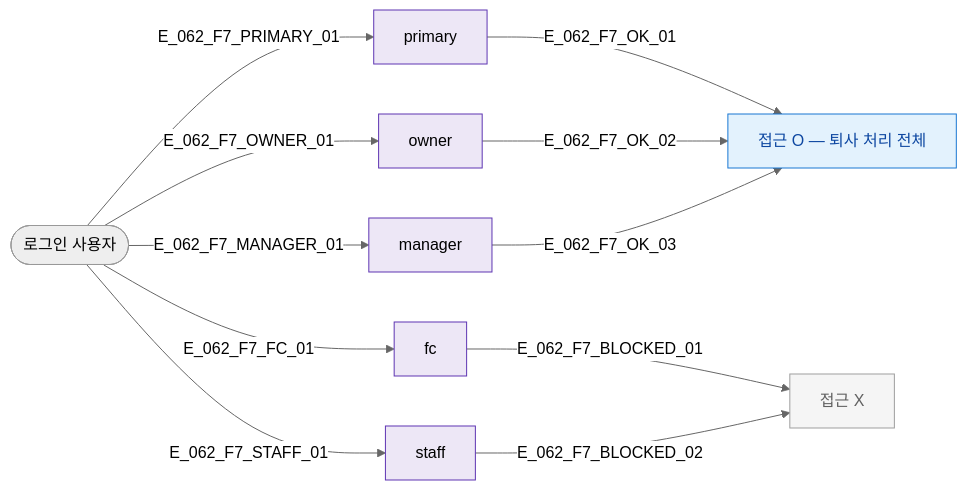
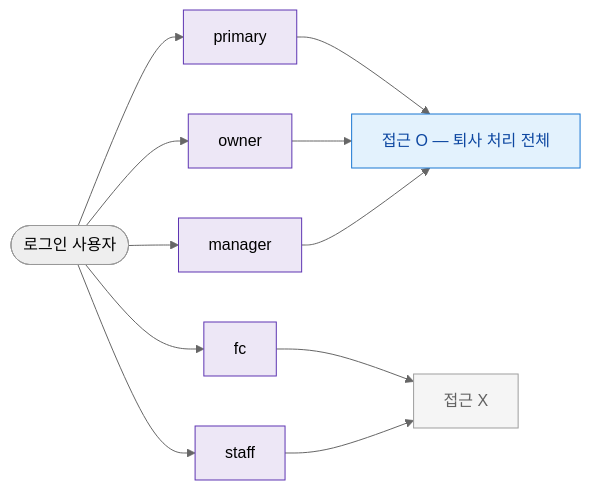
One commit to dev-spogym/admin-pando changed the diagram in docs/다이어그램/D07_직원관리/SCR-062_직원퇴사처리/F7_권한분기.md. Above: the diagram before and after it, drawn with Mermaid (neutral theme). The commit also changed other lines of this file and 1660 other files, not shown here.

First line of the commit message:
다이어그램: 기획자/클라이언트 납품본으로 정리

````diff
--- a/docs/다이어그램/D07_직원관리/SCR-062_직원퇴사처리/F7_권한분기.md
+++ b/docs/다이어그램/D07_직원관리/SCR-062_직원퇴사처리/F7_권한분기.md
@@ -18,25 +16,25 @@
 ```mermaid
 flowchart LR
   USER([로그인 사용자])
 
-  USER -->|E_062_F7_PRIMARY_01| R_PRIMARY[primary]
-  USER -->|E_062_F7_OWNER_01| R_OWNER[owner]
-  USER -->|E_062_F7_MANAGER_01| R_MANAGER[manager]
-  USER -->|E_062_F7_FC_01| R_FC[fc]
-  USER -->|E_062_F7_STAFF_01| R_STAFF[staff]
+  USER --> R_PRIMARY[primary]
+  USER --> R_OWNER[owner]
+  USER --> R_MANAGER[manager]
+  USER --> R_FC[fc]
+  USER --> R_STAFF[staff]
 
-  R_PRIMARY -->|E_062_F7_OK_01| ACCESS[접근 O — 퇴사 처리 전체]
-  R_OWNER -->|E_062_F7_OK_02| ACCESS
-  R_MANAGER -->|E_062_F7_OK_03| ACCESS
+  R_PRIMARY --> ACCESS[접근 O — 퇴사 처리 전체]
+  R_OWNER --> ACCESS
+  R_MANAGER --> ACCESS
 
-  R_FC -->|E_062_F7_BLOCKED_01| BLOCKED[접근 X]
-  R_STAFF -->|E_062_F7_BLOCKED_02| BLOCKED
+  R_FC --> BLOCKED[접근 X]
+  R_STAFF --> BLOCKED
 
-  classDef screen      fill:#E3F2FD,stroke:#1976D2,color:#0D47A1
+  classDef screen fill:#E3F2FD,stroke:#1976D2,color:#0D47A1
   classDef rbacBlocked fill:#F5F5F5,stroke:#9E9E9E,color:#616161
-  classDef system      fill:#EDE7F6,stroke:#5E35B2
+  classDef system fill:#EDE7F6,stroke:#5E35B2
 
   class ACCESS screen
   class BLOCKED rbacBlocked
   class R_PRIMARY,R_OWNER,R_MANAGER,R_FC,R_STAFF system
 ```
````
